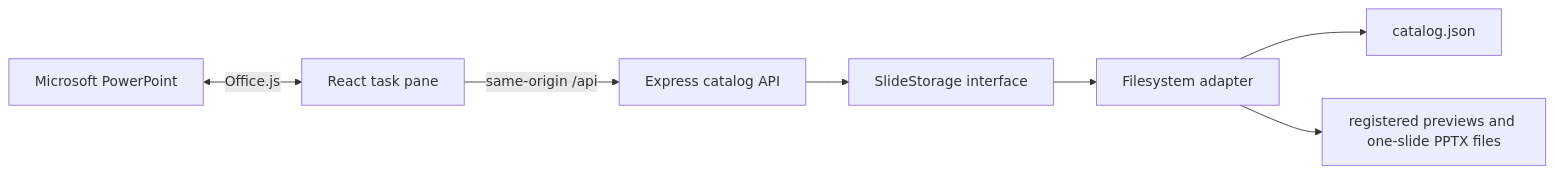
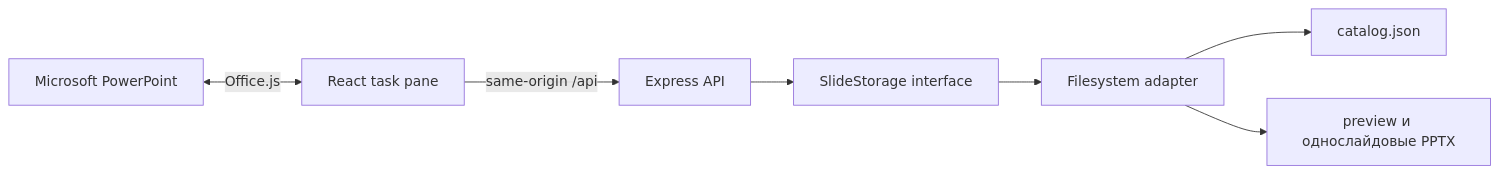
The diagram in README.md (w3L1k/corporate_slide_library), drawn with Mermaid before and after one commit. The commit also changed other lines of this file, not shown here.

````diff
--- a/README.md
+++ b/README.md
@@ -28,9 +41,9 @@
 ```mermaid
 flowchart LR
     PP["Microsoft PowerPoint"] <-->|"Office.js"| TP["React task pane"]
-    TP -->|"same-origin /api"| API["Express catalog API"]
+    TP -->|"same-origin /api"| API["Express API"]
     API --> SS["SlideStorage interface"]
     SS --> FS["Filesystem adapter"]
     FS --> CAT["catalog.json"]
-    FS --> ASSETS["registered previews and one-slide PPTX files"]
+    FS --> ASSETS["preview и однослайдовые PPTX"]
 ```
````
